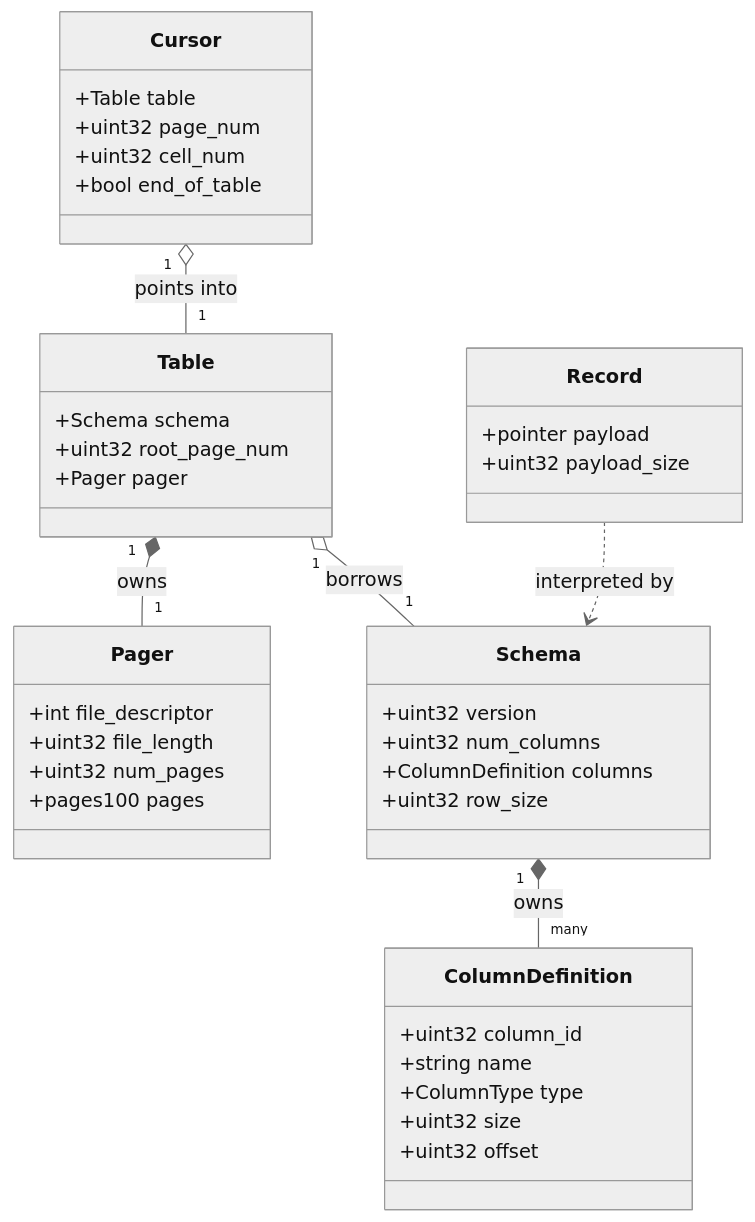
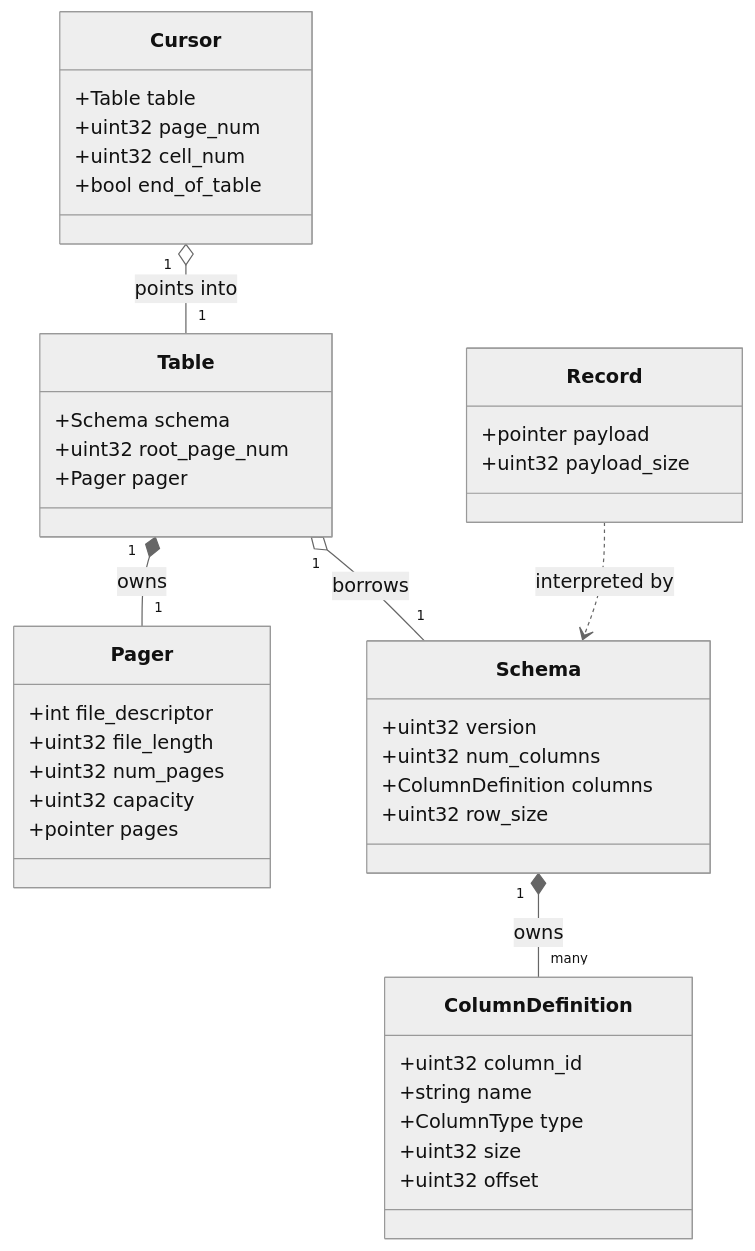
One commit to Rohitangshu2026/mini-sql changed the fourth of 20 diagrams in README.md. Above: the diagram before and after it, drawn with Mermaid (neutral theme). The commit also changed other lines of this file, not shown here.

````diff
--- a/README.md
+++ b/README.md
@@ -316,43 +323,44 @@
 ```mermaid
 classDiagram
     class Schema {
         +uint32 version
         +uint32 num_columns
         +ColumnDefinition columns
         +uint32 row_size
     }
     class ColumnDefinition {
         +uint32 column_id
         +string name
         +ColumnType type
         +uint32 size
         +uint32 offset
     }
     class Pager {
         +int file_descriptor
         +uint32 file_length
         +uint32 num_pages
-        +pages100 pages
+        +uint32 capacity
+        +pointer pages
     }
     class Table {
         +Schema schema
         +uint32 root_page_num
         +Pager pager
     }
     class Cursor {
         +Table table
         +uint32 page_num
         +uint32 cell_num
         +bool end_of_table
     }
     class Record {
         +pointer payload
         +uint32 payload_size
     }
 
     Schema "1" *-- "many" ColumnDefinition : owns
     Table "1" *-- "1" Pager : owns
     Table "1" o-- "1" Schema : borrows
     Cursor "1" o-- "1" Table : points into
     Record ..> Schema : interpreted by
 ```
````
